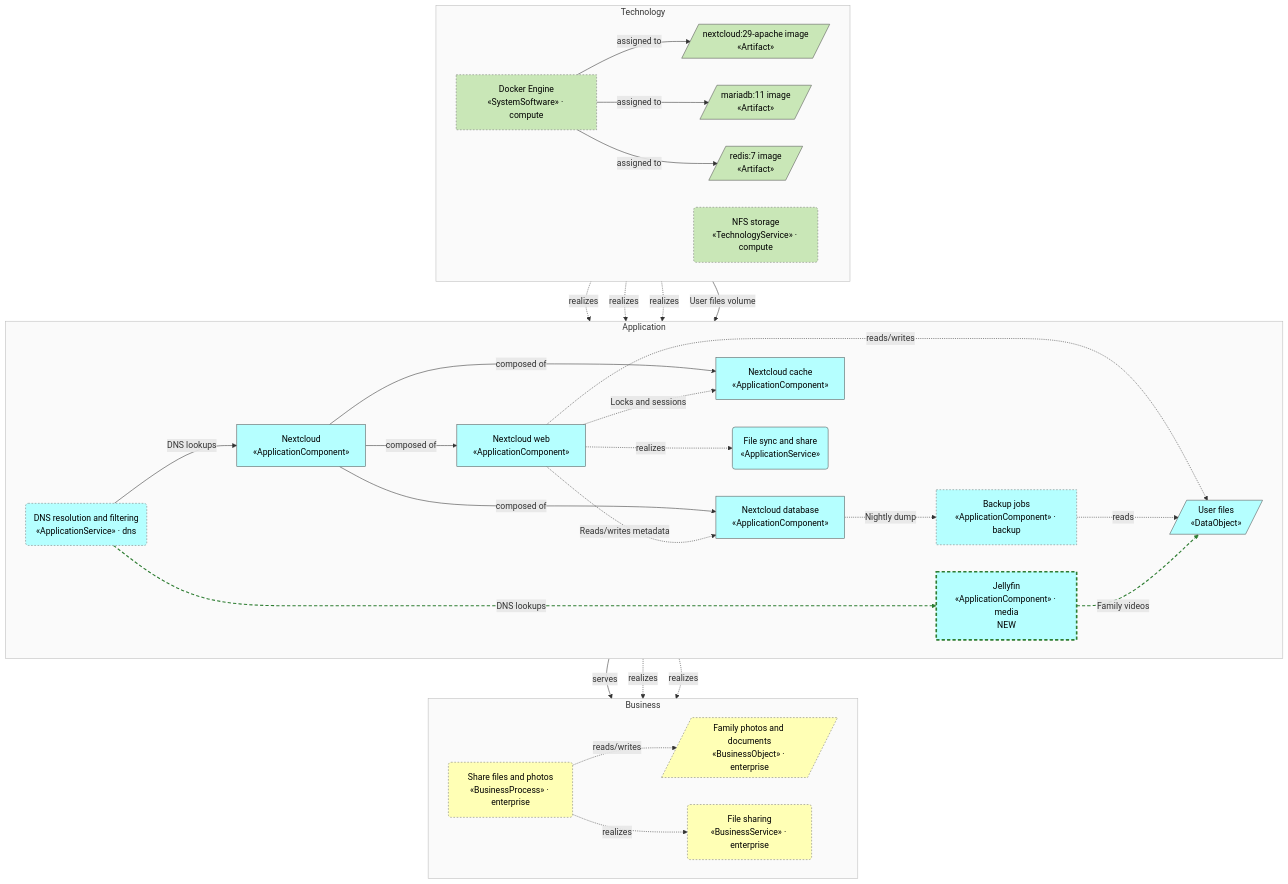
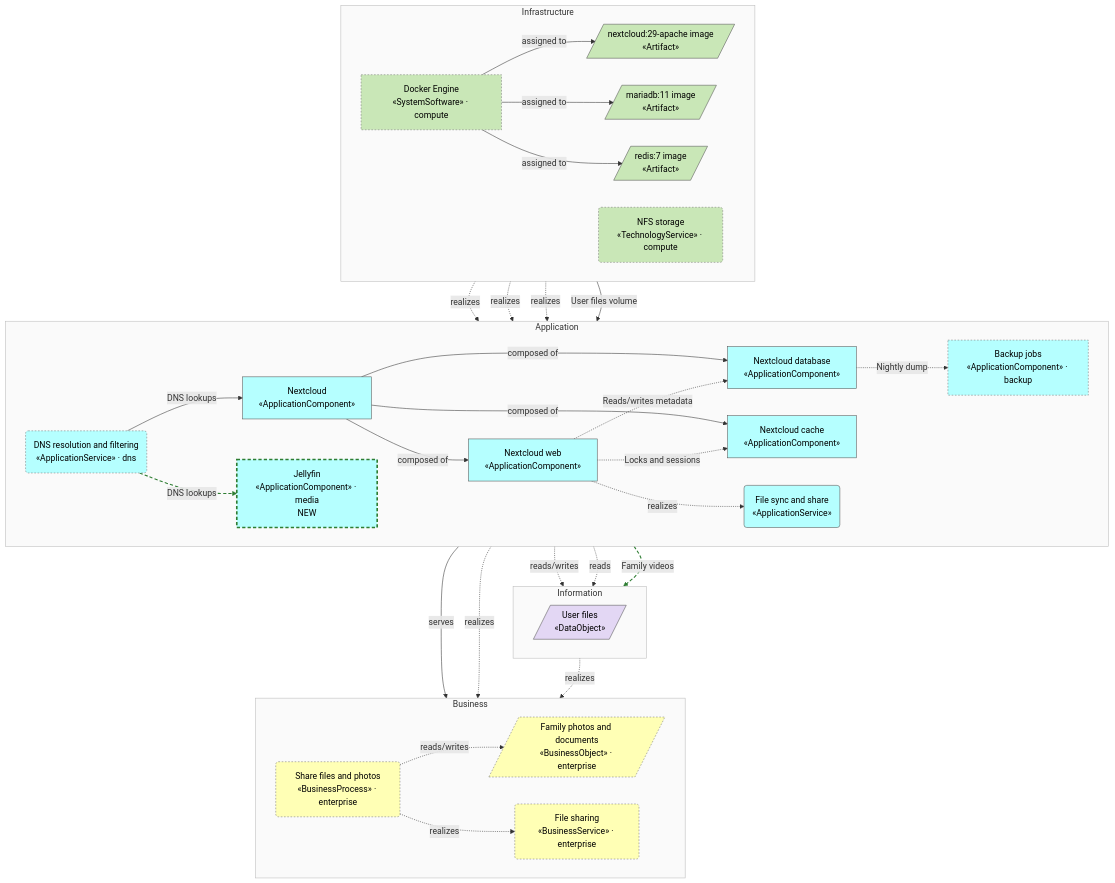
One commit to b-zig/a4m changed the first of 3 diagrams in docs/nextcloud/view-layered.md. Above: the diagram before and after it, drawn with Mermaid. The commit also changed other lines of this file and 83 other files, not shown here.

````diff
--- a/docs/nextcloud/view-layered.md
+++ b/docs/nextcloud/view-layered.md
@@ -8,68 +8,74 @@
 ```mermaid
 flowchart TB
   subgraph layer_business["Business"]
     direction LR
     enterprise__bus_obj_photos[/"Family photos and documents<br/>«BusinessObject» · enterprise"/]
     enterprise__bus_proc_share("Share files and photos<br/>«BusinessProcess» · enterprise")
     enterprise__bus_svc_file_sharing("File sharing<br/>«BusinessService» · enterprise")
   end
+  subgraph layer_information["Information"]
+    direction LR
+    data_files[/"User files<br/>«DataObject»"/]
+  end
   subgraph layer_application["Application"]
     direction LR
     app_nextcloud["Nextcloud<br/>«ApplicationComponent»"]
     app_nextcloud_web["Nextcloud web<br/>«ApplicationComponent»"]
     app_nextcloud_db["Nextcloud database<br/>«ApplicationComponent»"]
     app_nextcloud_cache["Nextcloud cache<br/>«ApplicationComponent»"]
     app_svc_file_sync("File sync and share<br/>«ApplicationService»")
-    app_data_files[/"User files<br/>«DataObject»"/]
     backup__app_backup["Backup jobs<br/>«ApplicationComponent» · backup"]
     dns__app_svc_dns("DNS resolution and filtering<br/>«ApplicationService» · dns")
     media__app_jellyfin["Jellyfin<br/>«ApplicationComponent» · media<br/>NEW"]
   end
-  subgraph layer_technology["Technology"]
+  subgraph layer_infrastructure["Infrastructure"]
     direction LR
-    tech_art_nextcloud[/"nextcloud:29-apache image<br/>«Artifact»"/]
-    tech_art_mariadb[/"mariadb:11 image<br/>«Artifact»"/]
-    tech_art_redis[/"redis:7 image<br/>«Artifact»"/]
-    compute__tech_docker["Docker Engine<br/>«SystemSoftware» · compute"]
-    compute__tech_svc_nfs("NFS storage<br/>«TechnologyService» · compute")
+    infra_art_nextcloud[/"nextcloud:29-apache image<br/>«Artifact»"/]
+    infra_art_mariadb[/"mariadb:11 image<br/>«Artifact»"/]
+    infra_art_redis[/"redis:7 image<br/>«Artifact»"/]
+    compute__infra_docker["Docker Engine<br/>«SystemSoftware» · compute"]
+    compute__infra_svc_nfs("NFS storage<br/>«TechnologyService» · compute")
   end
   app_nextcloud -->|"composed of"| app_nextcloud_web
   app_nextcloud -->|"composed of"| app_nextcloud_db
   app_nextcloud -->|"composed of"| app_nextcloud_cache
   app_nextcloud_web -.->|"realizes"| app_svc_file_sync
   app_nextcloud_web -.->|"Reads/writes metadata"| app_nextcloud_db
   app_nextcloud_web -.->|"Locks and sessions"| app_nextcloud_cache
-  app_nextcloud_web -.->|"reads/writes"| app_data_files
+  app_nextcloud_web -.->|"reads/writes"| data_files
   app_svc_file_sync -->|"serves"| enterprise__bus_proc_share
   app_svc_file_sync -.->|"realizes"| enterprise__bus_svc_file_sharing
-  app_data_files -.->|"realizes"| enterprise__bus_obj_photos
   dns__app_svc_dns -->|"DNS lookups"| app_nextcloud
-  compute__tech_docker -->|"assigned to"| tech_art_nextcloud
-  compute__tech_docker -->|"assigned to"| tech_art_mariadb
-  compute__tech_docker -->|"assigned to"| tech_art_redis
-  tech_art_nextcloud -.->|"realizes"| app_nextcloud_web
-  tech_art_mariadb -.->|"realizes"| app_nextcloud_db
-  tech_art_redis -.->|"realizes"| app_nextcloud_cache
-  compute__tech_svc_nfs -->|"User files volume"| app_nextcloud_web
-  backup__app_backup -.->|"reads"| app_data_files
+  data_files -.->|"realizes"| enterprise__bus_obj_photos
+  compute__infra_docker -->|"assigned to"| infra_art_nextcloud
+  compute__infra_docker -->|"assigned to"| infra_art_mariadb
+  compute__infra_docker -->|"assigned to"| infra_art_redis
+  infra_art_nextcloud -.->|"realizes"| app_nextcloud_web
+  infra_art_mariadb -.->|"realizes"| app_nextcloud_db
+  infra_art_redis -.->|"realizes"| app_nextcloud_cache
+  compute__infra_svc_nfs -->|"User files volume"| app_nextcloud_web
+  backup__app_backup -.->|"reads"| data_files
   app_nextcloud_db -.->|"Nightly dump"| backup__app_backup
   enterprise__bus_proc_share -.->|"realizes"| enterprise__bus_svc_file_sharing
   enterprise__bus_proc_share -.->|"reads/writes"| enterprise__bus_obj_photos
-  media__app_jellyfin -.->|"Family videos"| app_data_files
+  media__app_jellyfin -.->|"Family videos"| data_files
   dns__app_svc_dns -->|"DNS lookups"| media__app_jellyfin
   classDef business fill:#FFFFB5,stroke:#555,color:#000
   class enterprise__bus_obj_photos,enterprise__bus_proc_share,enterprise__bus_svc_file_sharing business
   style layer_business fill:#fafafa,stroke:#bbb
+  classDef information fill:#E3D7F4,stroke:#555,color:#000
+  class data_files information
+  style layer_information fill:#fafafa,stroke:#bbb
   classDef application fill:#B5FFFF,stroke:#555,color:#000
-  class app_nextcloud,app_nextcloud_web,app_nextcloud_db,app_nextcloud_cache,app_svc_file_sync,app_data_files,backup__app_backup,dns__app_svc_dns,media__app_jellyfin application
+  class app_nextcloud,app_nextcloud_web,app_nextcloud_db,app_nextcloud_cache,app_svc_file_sync,backup__app_backup,dns__app_svc_dns,media__app_jellyfin application
   style layer_application fill:#fafafa,stroke:#bbb
-  classDef technology fill:#C9E7B7,stroke:#555,color:#000
-  class tech_art_nextcloud,tech_art_mariadb,tech_art_redis,compute__tech_docker,compute__tech_svc_nfs technology
-  style layer_technology fill:#fafafa,stroke:#bbb
+  classDef infrastructure fill:#C9E7B7,stroke:#555,color:#000
+  class infra_art_nextcloud,infra_art_mariadb,infra_art_redis,compute__infra_docker,compute__infra_svc_nfs infrastructure
+  style layer_infrastructure fill:#fafafa,stroke:#bbb
   classDef foreign stroke:#777,stroke-dasharray:3 3
-  class backup__app_backup,compute__tech_docker,compute__tech_svc_nfs,dns__app_svc_dns,enterprise__bus_obj_photos,enterprise__bus_proc_share,enterprise__bus_svc_file_sharing,media__app_jellyfin foreign
+  class backup__app_backup,compute__infra_docker,compute__infra_svc_nfs,dns__app_svc_dns,enterprise__bus_obj_photos,enterprise__bus_proc_share,enterprise__bus_svc_file_sharing,media__app_jellyfin foreign
   classDef st_new stroke:#2e7d32,stroke-width:3px,stroke-dasharray:6 4
   class media__app_jellyfin st_new
   linkStyle 22 stroke:#2e7d32,stroke-width:2px,stroke-dasharray:6 4
   linkStyle 23 stroke:#2e7d32,stroke-width:2px,stroke-dasharray:6 4
 ```
````
